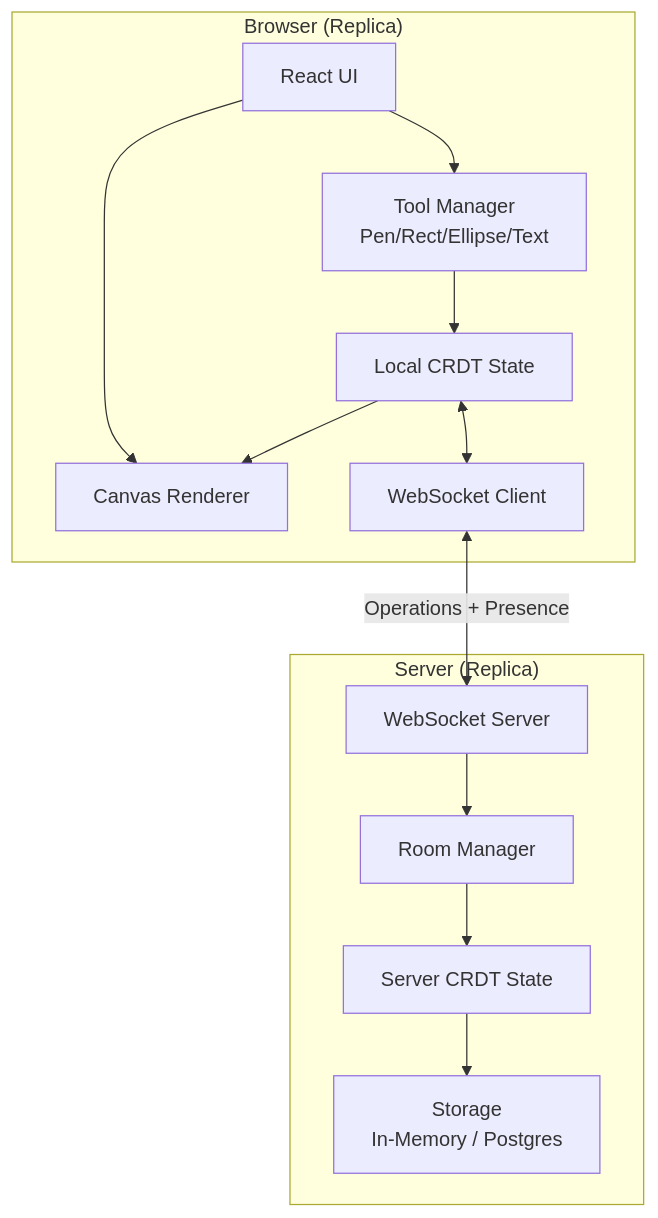
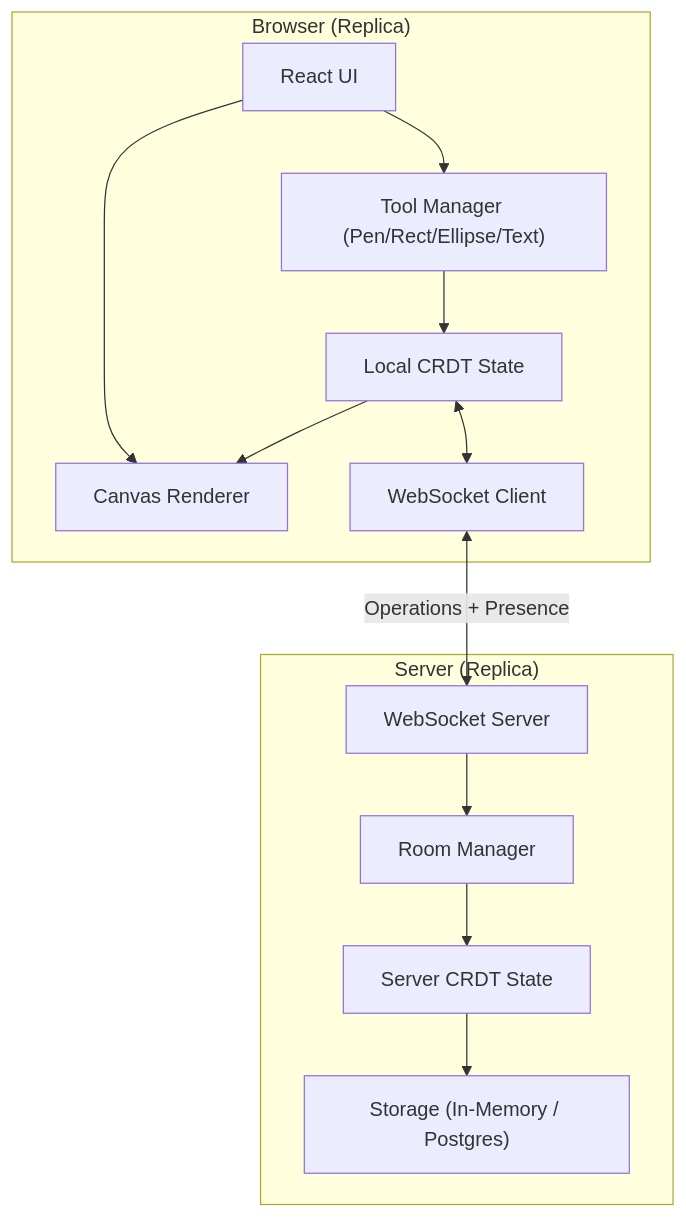
Before and after one commit to Preeti0705/Collab-Whiteboard: the third of 7 diagrams in docs/lessons/lesson-01-intro-to-crdts.md, drawn with Mermaid. The commit also changed other lines of this file and 2 other files, not shown here.

Commit message:
Fix mermaid diagrams for GitHub rendering

````diff
--- a/docs/lessons/lesson-01-intro-to-crdts.md
+++ b/docs/lessons/lesson-01-intro-to-crdts.md
@@ -265,18 +265,18 @@
 ```mermaid
 graph TB
     subgraph "Browser (Replica)"
         UI[React UI] --> Canvas[Canvas Renderer]
-        UI --> Tools[Tool Manager<br/>Pen/Rect/Ellipse/Text]
+        UI --> Tools["Tool Manager (Pen/Rect/Ellipse/Text)"]
         Tools --> LCRDT[Local CRDT State]
         LCRDT --> Canvas
         LCRDT <--> WC[WebSocket Client]
     end
 
     subgraph "Server (Replica)"
         WS[WebSocket Server] --> RM[Room Manager]
         RM --> SCRDT[Server CRDT State]
-        SCRDT --> Store[Storage<br/>In-Memory / Postgres]
+        SCRDT --> Store["Storage (In-Memory / Postgres)"]
     end
 
     WC <-->|Operations + Presence| WS
 ```
````
